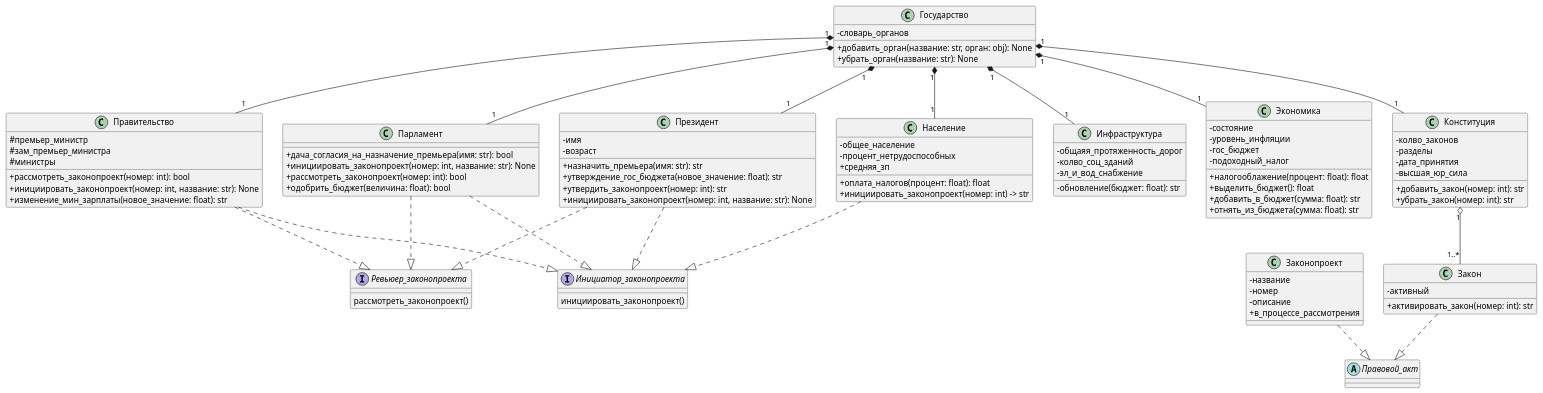
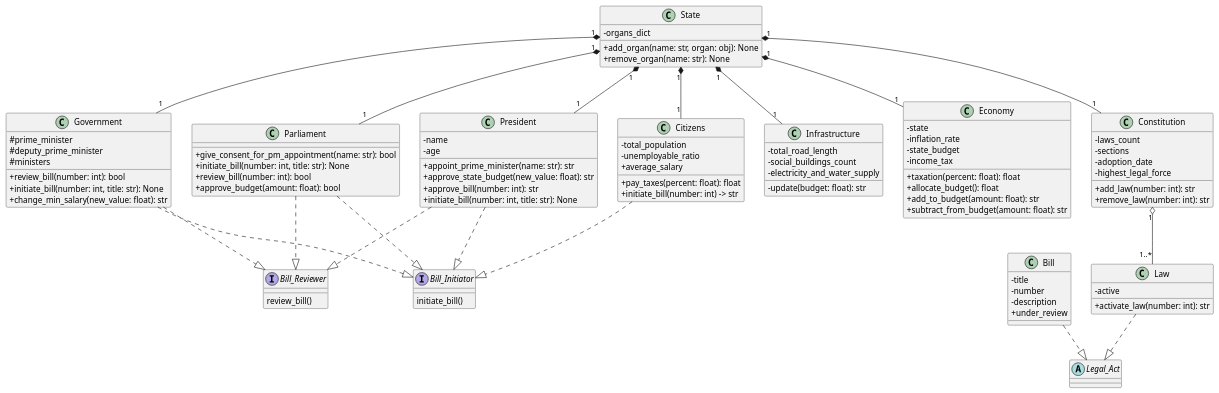
Before and after one commit to dekada314/PPOIS: the diagram in sem2/lab1/Diagrams/class_diagramm.puml, drawn with PlantUML. The commit also changed 3 other files, not shown here.

Commit message:
chore: add state diagram of system and final class diagram

```diff
--- a/sem2/lab1/Diagrams/class_diagramm.puml
+++ b/sem2/lab1/Diagrams/class_diagramm.puml
@@ -1,125 +1,125 @@
 @startuml
 skinparam classAttributeIconSize 0
 
-class Государство {
-  -словарь_органов
-  +добавить_орган(название: str, орган: obj): None
-  +убрать_орган(название: str): None
+class State {
+  -organs_dict
+  +add_organ(name: str, organ: obj): None
+  +remove_organ(name: str): None
 }
 
-class Правительство {
-  #премьер_министр
-  #зам_премьер_министра
-  #министры
-  +рассмотреть_законопроект(номер: int): bool
-  +инициировать_законопроект(номер: int, название: str): None
-  +изменение_мин_зарплаты(новое_значение: float): str
+class Government {
+  #prime_minister
+  #deputy_prime_minister
+  #ministers
+  +review_bill(number: int): bool
+  +initiate_bill(number: int, title: str): None
+  +change_min_salary(new_value: float): str
 }
 
-class Парламент {
-  +дача_согласия_на_назначение_премьера(имя: str): bool
-  +инициировать_законопроект(номер: int, название: str): None
-  +рассмотреть_законопроект(номер: int): bool
-  +одобрить_бюджет(величина: float): bool 
+class Parliament {
+  +give_consent_for_pm_appointment(name: str): bool
+  +initiate_bill(number: int, title: str): None
+  +review_bill(number: int): bool
+  +approve_budget(amount: float): bool 
 }
-' #инфраструктура 
+' #infrastructure 
 
-class Президент {
-  -имя
-  -возраст
-  +назначить_премьера(имя: str): str
-  +утверждение_гос_бюджета(новое_значение: float): str   
-  +утвердить_законопроект(номер: int): str
-  +инициировать_законопроект(номер: int, название: str): None
+class President {
+  -name
+  -age
+  +appoint_prime_minister(name: str): str
+  +approve_state_budget(new_value: float): str   
+  +approve_bill(number: int): str
+  +initiate_bill(number: int, title: str): None
 }
-' республиканский бюджет
+' republican budget
 
-class Законопроект {
-  -название
-  -номер
-  -описание
-  +в_процессе_рассмотрения
+class Bill {
+  -title
+  -number
+  -description
+  +under_review
 } 
 
-class Закон {
-  -активный
-  +активировать_закон(номер: int): str
+class Law {
+  -active
+  +activate_law(number: int): str
 }
 
-class Население {
-  -общее_население
-  -процент_нетрудоспособных
-  +средняя_зп
-  +оплата_налогов(процент: float): float
-  +инициировать_законопроект(номер: int) -> str
+class Citizens {
+  -total_population
+  -unemployable_ratio
+  +average_salary
+  +pay_taxes(percent: float): float
+  +initiate_bill(number: int) -> str
 }
 
-class Инфраструктура{
-  -общаяя_протяженность_дорог
-  -колво_соц_зданий
-  -эл_и_вод_снабжение
-  -обновление(бюджет: float): str
+class Infrastructure{
+  -total_road_length
+  -social_buildings_count
+  -electricity_and_water_supply
+  -update(budget: float): str
 }
 
-class Экономика{
-  -состояние
-  -уровень_инфляции
-  -гос_бюджет
-  -подоходный_налог
-  +налогооблажение(процент: float): float
-  +выделить_бюджет(): float
-  +добавить_в_бюджет(сумма: float): str
-  +отнять_из_бюджета(сумма: float): str
+class Economy{
+  -state
+  -inflation_rate
+  -state_budget
+  -income_tax
+  +taxation(percent: float): float
+  +allocate_budget(): float
+  +add_to_budget(amount: float): str
+  +subtract_from_budget(amount: float): str
 }
 
-class Конституция{
-  -колво_законов
-  -разделы
-  -дата_принятия
-  -высшая_юр_сила
-  +добавить_закон(номер: int): str
-  +убрать_закон(номер: int): str
+class Constitution{
+  -laws_count
+  -sections
+  -adoption_date
+  -highest_legal_force
+  +add_law(number: int): str
+  +remove_law(number: int): str
 }
 
-interface Инициатор_законопроекта {
-  инициировать_законопроект()
+interface Bill_Initiator {
+  initiate_bill()
 }
-interface Ревьюер_законопроекта {
-  рассмотреть_законопроект()
+interface Bill_Reviewer {
+  review_bill()
 }
 
-abstract class Правовой_акт{
+abstract class Legal_Act{
 
 }
 
 
-Государство "1" *-- "1" Правительство
-Государство "1" *-- "1" Парламент
-Государство "1" *-- "1" Президент
-Государство "1" *-- "1" Конституция
-Государство "1" *-- "1" Экономика
-Государство "1" *-- "1" Инфраструктура
-Государство "1" *-- "1" Население
-Конституция "1" o-- "1..*" Закон
+State "1" *-- "1" Government
+State "1" *-- "1" Parliament
+State "1" *-- "1" President
+State "1" *-- "1" Constitution
+State "1" *-- "1" Economy
+State "1" *-- "1" Infrastructure
+State "1" *-- "1" Citizens
+Constitution "1" o-- "1..*" Law
 
-' Закон "1" --|> "1" Законопроект: наследует
+' Law "1" --|> "1" Bill: inherits
 
-Закон ..|> Правовой_акт
-Законопроект ..|> Правовой_акт
+Law ..|> Legal_Act
+Bill ..|> Legal_Act
 
-Президент ..|> Инициатор_законопроекта
-Население ..|> Инициатор_законопроекта
-Парламент ..|> Инициатор_законопроекта
-Правительство ..|> Инициатор_законопроекта
+President ..|> Bill_Initiator
+Citizens ..|> Bill_Initiator
+Parliament ..|> Bill_Initiator
+Government ..|> Bill_Initiator
 
-Президент ..|> Ревьюер_законопроекта
-Парламент ..|> Ревьюер_законопроекта
-Правительство ..|> Ревьюер_законопроекта
+President ..|> Bill_Reviewer
+Parliament ..|> Bill_Reviewer
+Government ..|> Bill_Reviewer
 
 ' ClassName1 o-- ClassName2
 ' ClassName1 *-- ClassName2
-' ClassName3 --|> ClassName4: наследует
+' ClassName3 --|> ClassName4: inherits
 
 
 
 @enduml
```
